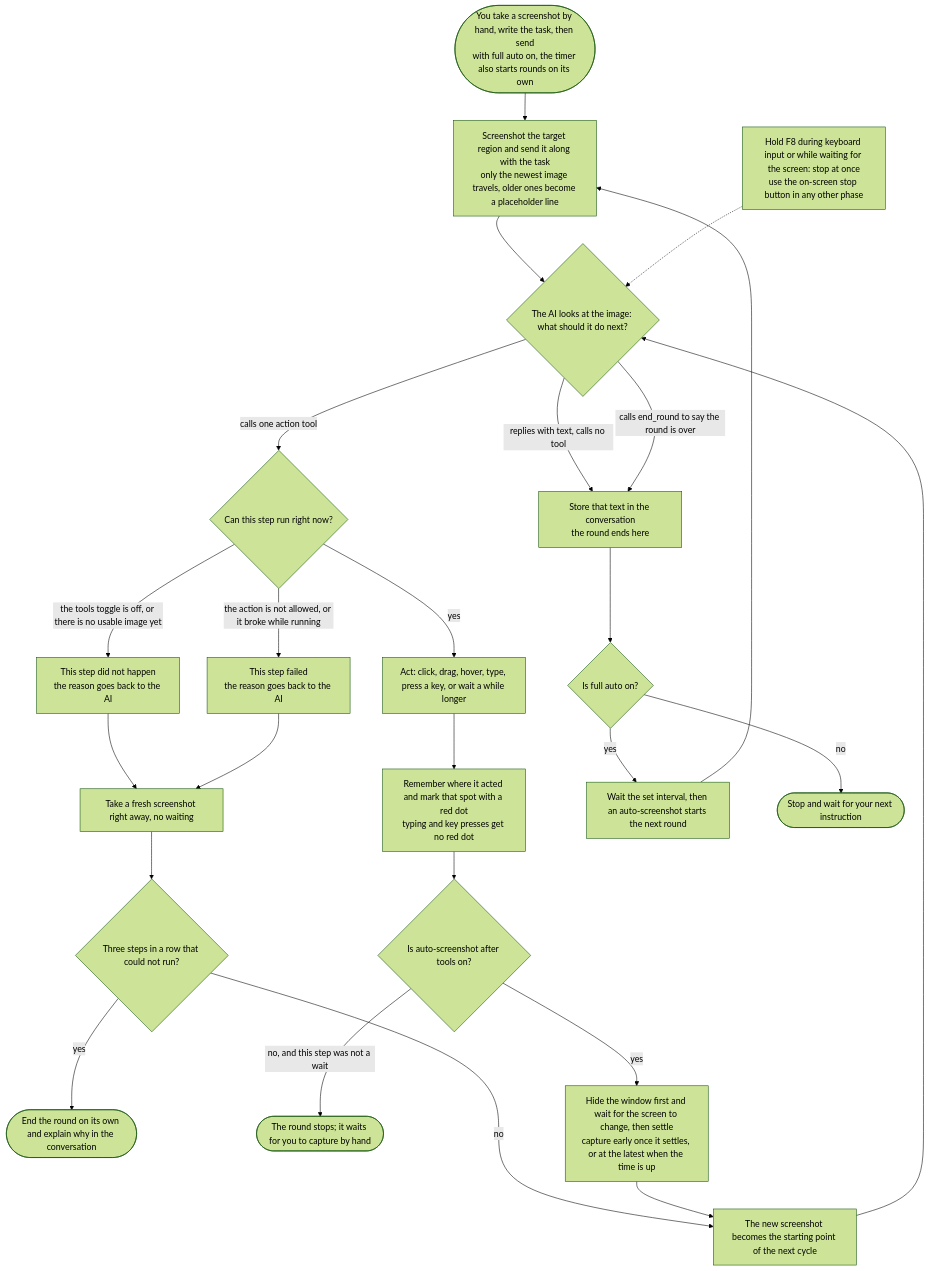
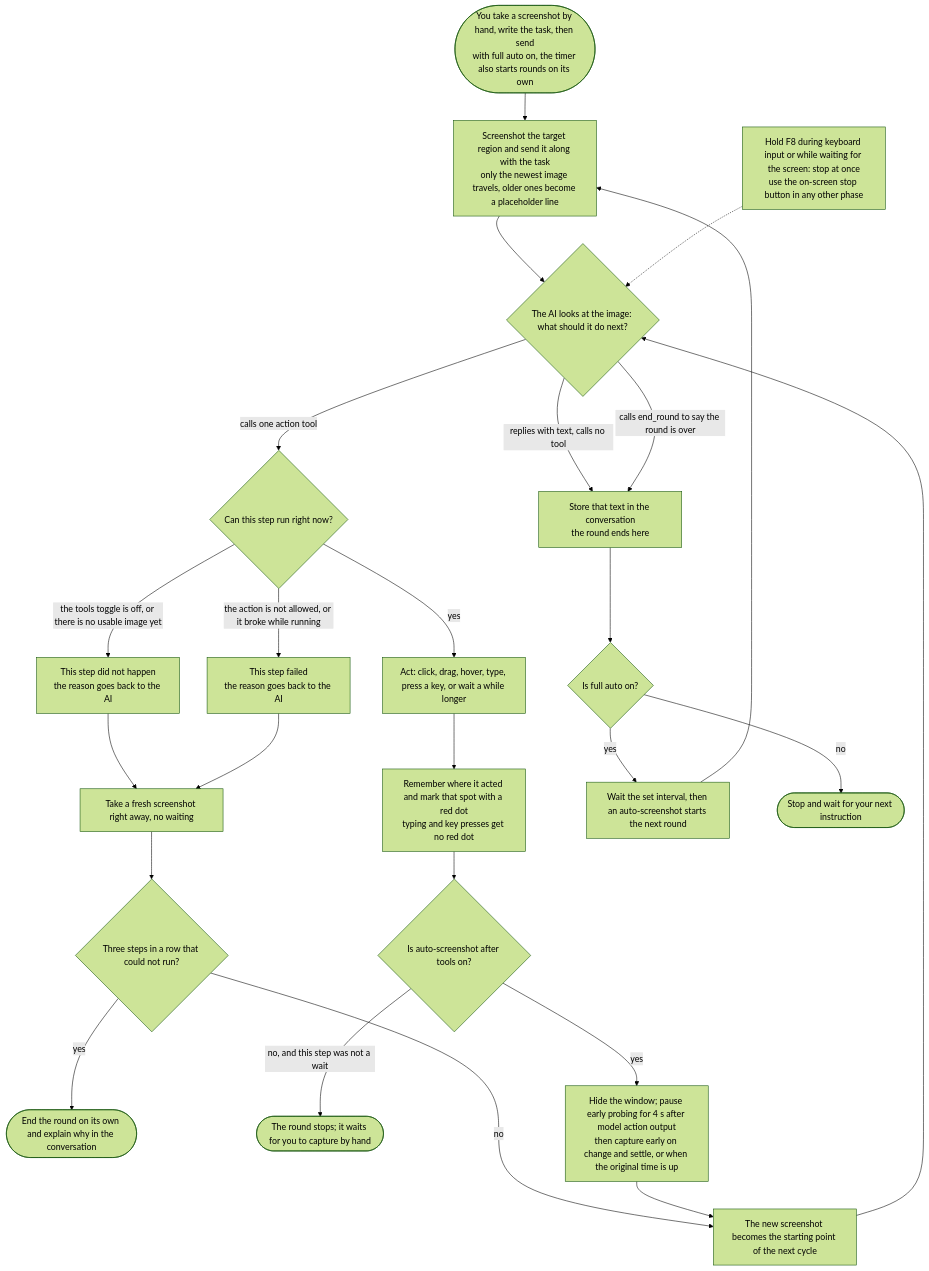
One commit to s11IM/VLM_Screenshot_Action changed the diagram in README.en.md. Above: the diagram before and after it, drawn with Mermaid (forest theme). The commit also changed other lines of this file and 9 other files, not shown here.

Commit message:
Pause early probing for four seconds after model action output

````diff
--- a/README.en.md
+++ b/README.en.md
@@ -61,26 +61,26 @@
 ```mermaid
 flowchart TD
     A([You take a screenshot by hand, write the task, then send<br/>with full auto on, the timer also starts rounds on its own]) --> B[Screenshot the target region and send it along with the task<br/>only the newest image travels, older ones become a placeholder line]
     B --> C{The AI looks at the image: what should it do next?}
     C -- replies with text, calls no tool --> R[Store that text in the conversation<br/>the round ends here]
     C -- calls end_round to say the round is over --> R
     C -- calls one action tool --> D{Can this step run right now?}
     D -- the tools toggle is off, or there is no usable image yet --> D2[This step did not happen<br/>the reason goes back to the AI]
     D -- the action is not allowed, or it broke while running --> D3[This step failed<br/>the reason goes back to the AI]
     D2 --> I2[Take a fresh screenshot right away, no waiting]
     D3 --> I2
     I2 --> I3{Three steps in a row that could not run?}
     I3 -- yes --> I4([End the round on its own and explain why in the conversation])
     I3 -- no --> J
     D -- yes --> E[Act: click, drag, hover, type, press a key, or wait a while longer]
     E --> E2[Remember where it acted and mark that spot with a red dot<br/>typing and key presses get no red dot]
     E2 --> H{Is auto-screenshot after tools on?}
     H -- no, and this step was not a wait --> H2([The round stops; it waits for you to capture by hand])
-    H -- yes --> I[Hide the window first and wait for the screen to change, then settle<br/>capture early once it settles, or at the latest when the time is up]
+    H -- yes --> I[Hide the window; pause early probing for 4 s after model action output<br/>then capture early on change and settle, or when the original time is up]
     I --> J[The new screenshot becomes the starting point of the next cycle]
     J --> C
     R --> K{Is full auto on?}
     K -- yes --> L[Wait the set interval, then an auto-screenshot starts the next round] --> B
     K -- no --> M([Stop and wait for your next instruction])
     N[Hold F8 during keyboard input or while waiting for the screen: stop at once<br/>use the on-screen stop button in any other phase] -.-> C
 ```
````
